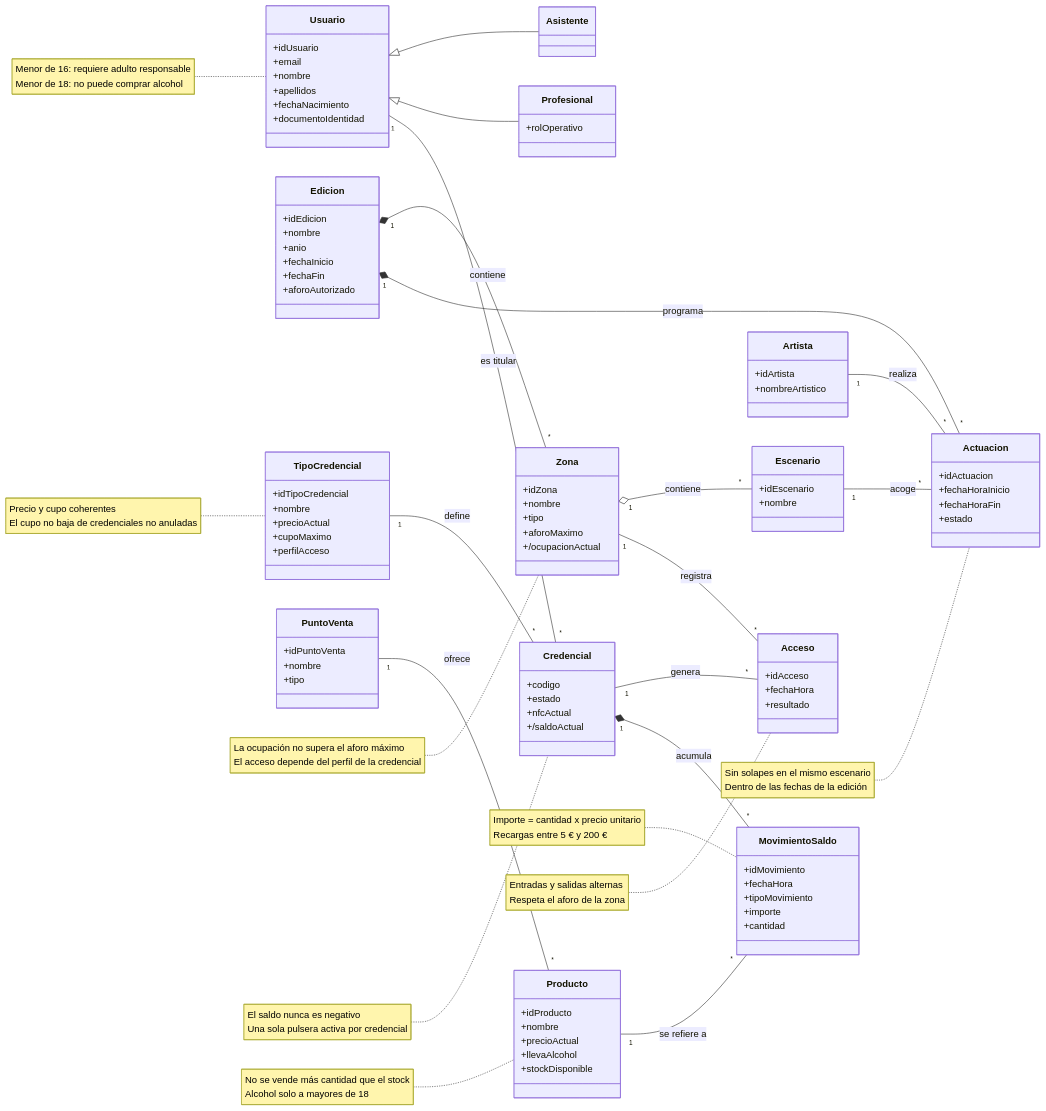
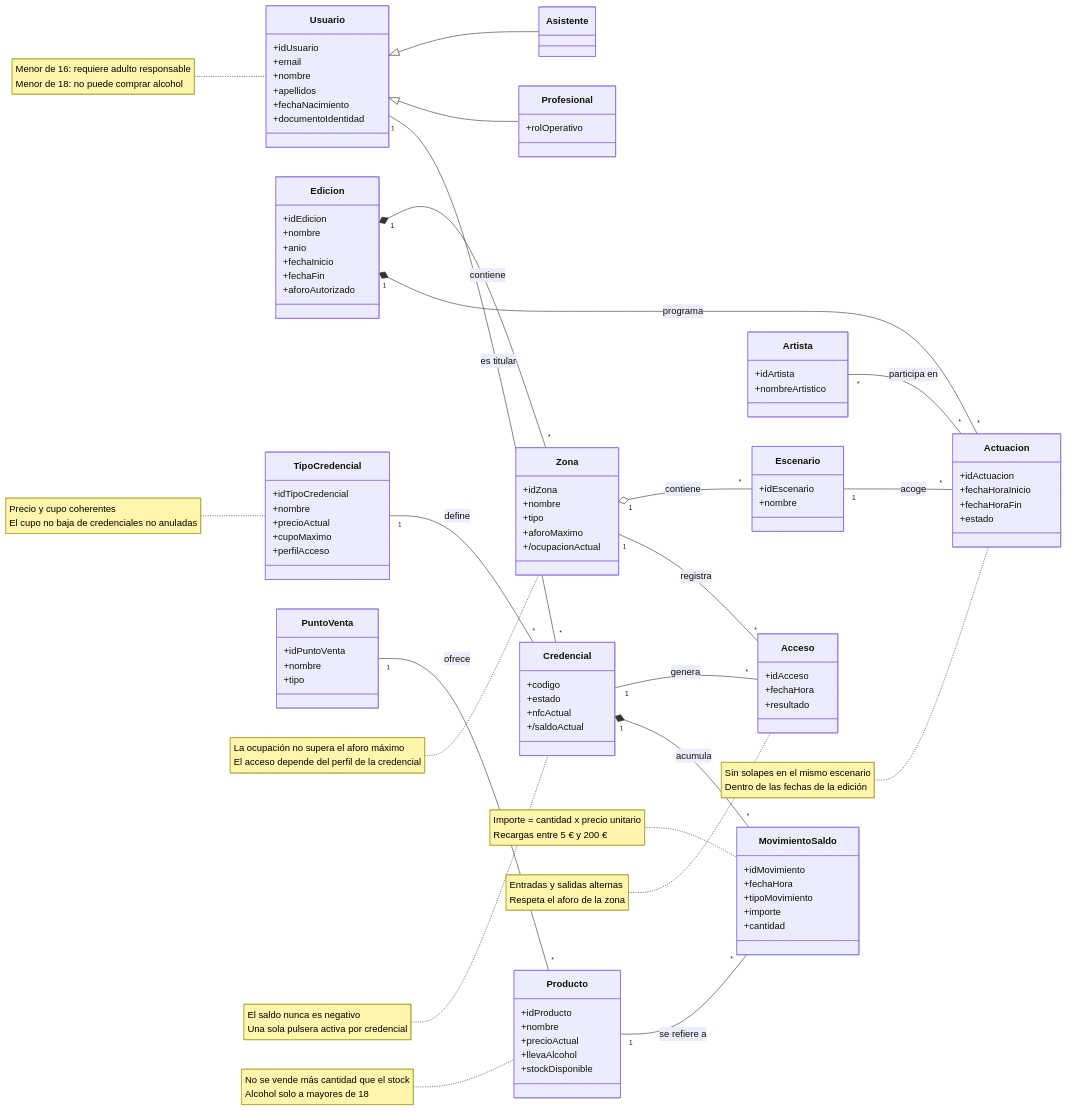
The first of 4 diagrams in README.md (Antmungar2/proyecto-curso-iissi1-2026-antmungar2), drawn with Mermaid before and after one commit. The commit also changed other lines of this file, not shown here.

Commit message:
Actualizar diagrama UML 5.1, escenarios 5.2 y matriz de restricciones

```diff
--- a/README.md
+++ b/README.md
@@ -810,7 +810,7 @@
 Edicion "1" *-- "*" Actuacion : programa
 Zona "1" o-- "*" Escenario : contiene
 Escenario "1" -- "*" Actuacion : acoge
-Artista "1" -- "*" Actuacion : realiza
+Artista "*" -- "*" Actuacion : participa en
 
 TipoCredencial "1" -- "*" Credencial : define
 Usuario "1" -- "*" Credencial : es titular
```
